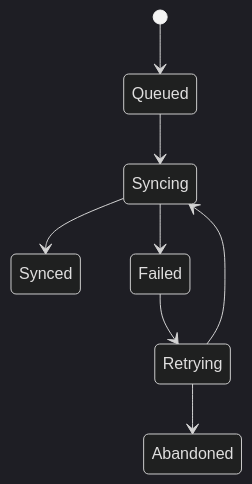
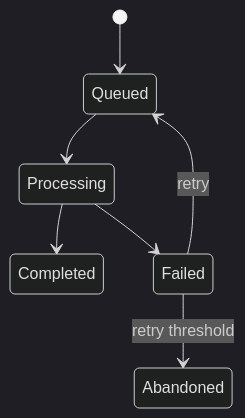
One commit to zaighaumrana/lab-software changed the seventh of 13 diagrams in docs/03_Core_Domain_Design.md. Above: the diagram before and after it, drawn with Mermaid (dark theme). The commit also changed other lines of this file, not shown here.

````diff
--- a/docs/03_Core_Domain_Design.md
+++ b/docs/03_Core_Domain_Design.md
@@ -289,10 +599,9 @@
 ```mermaid
 stateDiagram-v2
     [*] --> Queued
-    Queued --> Syncing
-    Syncing --> Synced
-    Syncing --> Failed
-    Failed --> Retrying
-    Retrying --> Syncing
-    Retrying --> Abandoned
+    Queued --> Processing
+    Processing --> Completed
+    Processing --> Failed
+    Failed --> Queued: retry
+    Failed --> Abandoned: retry threshold
 ```
````
